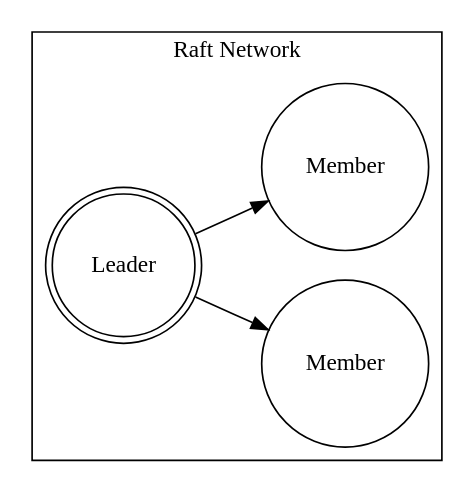
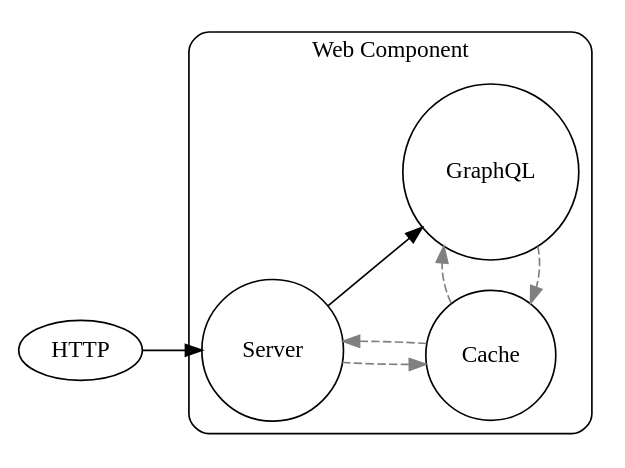
The diagram in diagram.dot (bbrietzke/BaxterBot), drawn with Graphviz before and after one commit. The commit also changed 7 other files, not shown here.

```diff
--- a/diagram.dot
+++ b/diagram.dot
@@ -1,14 +1,20 @@
 digraph baxter_bot {
-    layout=dot
     rankdir=LR
 
-    R_LD [label="Leader" shape=doublecircle]
-    R_ON [label="Member" shape=circle]
-    R_TW [label="Member" shape=circle]
+    HTTP_SRC [label="HTTP"]
 
-    subgraph cluster_raft {
-        label="Raft Network"
-        R_LD->R_ON
-        R_LD->R_TW
+    WEB [label="Server", shape=circle]
+    CAC [label="Cache" shape=circle]
+    GQL [label="GraphQL" shape=circle]
+
+    HTTP_SRC  ->  WEB
+
+    subgraph cluster_web {
+        label="Web Component"
+        style=rounded
+        WEB -> CAC -> WEB [style=dashed, color=grey]
+        WEB -> GQL
+        GQL -> CAC -> GQL [style=dashed, color=grey]
+        {rank=same GQL CAC}
     }
 }
```
